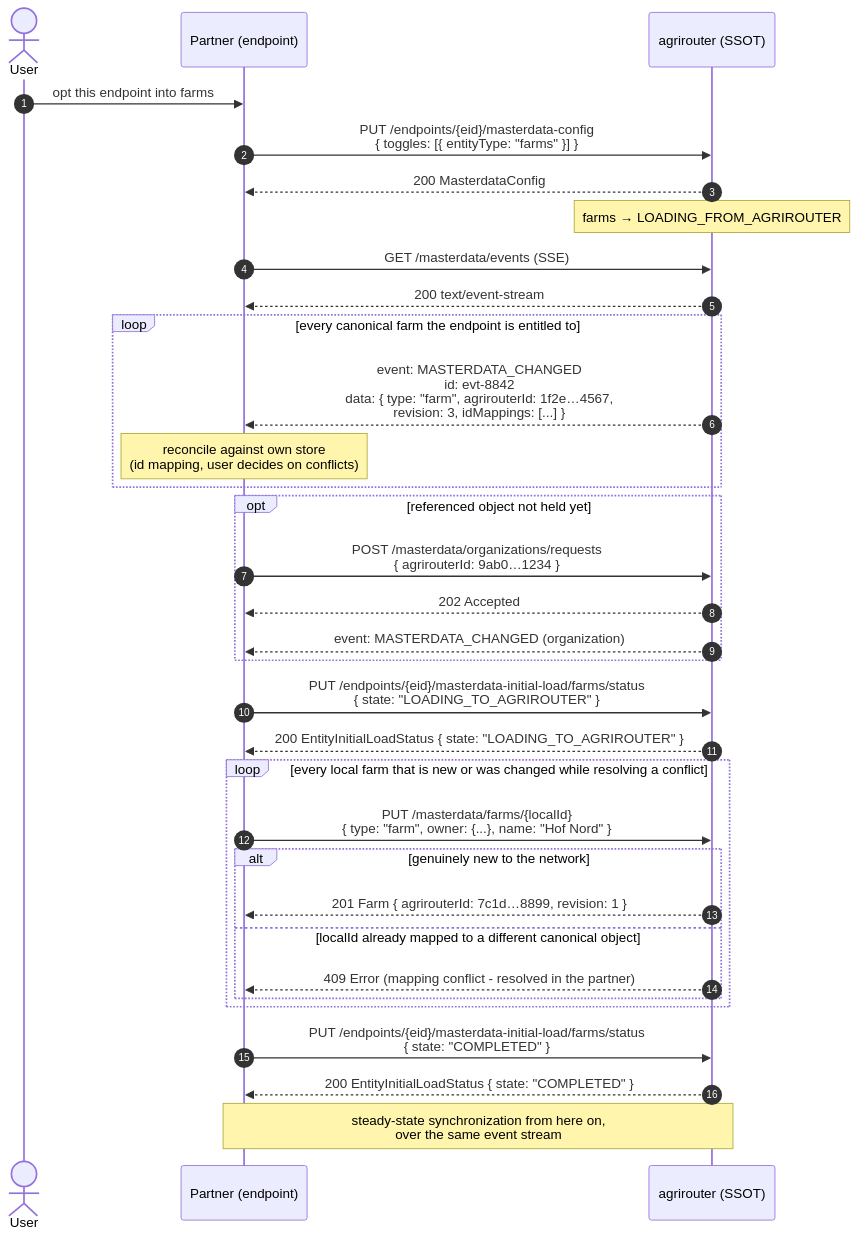
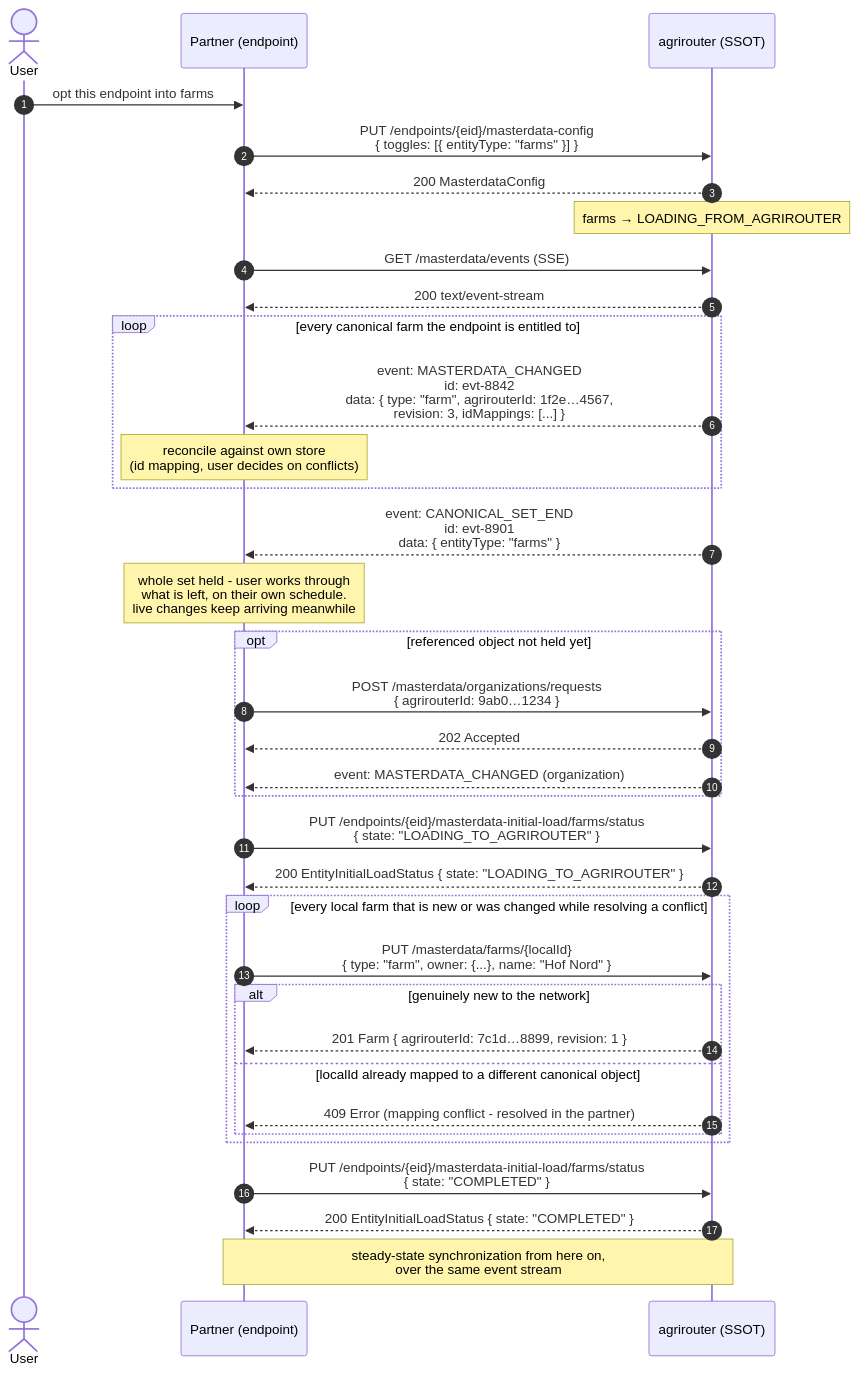
One commit to DKE-Data/masterdata-sync-working-group changed the second of 3 diagrams in architecture/06-initial-load.md. Above: the diagram before and after it, drawn with Mermaid. The commit also changed other lines of this file and 3 other files, not shown here.

Commit message:
Add canonical set end event

````diff
--- a/architecture/06-initial-load.md
+++ b/architecture/06-initial-load.md
@@ -62,40 +62,42 @@
 ```mermaid
 sequenceDiagram
     autonumber
     actor U as User
     participant P as Partner (endpoint)
     participant AR as agrirouter (SSOT)
 
     U->>P: opt this endpoint into farms
     P->>AR: PUT /endpoints/{eid}/masterdata-config<br/>{ toggles: [{ entityType: "farms" }] }
     AR-->>P: 200 MasterdataConfig
     Note over AR: farms → LOADING_FROM_AGRIROUTER
 
     P->>AR: GET /masterdata/events (SSE)
     AR-->>P: 200 text/event-stream
     loop every canonical farm the endpoint is entitled to
         AR-->>P: event: MASTERDATA_CHANGED<br/>id: evt-8842<br/>data: { type: "farm", agrirouterId: 1f2e…4567,<br/>revision: 3, idMappings: [...] }
         Note over P: reconcile against own store<br/>(id mapping, user decides on conflicts)
     end
+    AR-->>P: event: CANONICAL_SET_END<br/>id: evt-8901<br/>data: { entityType: "farms" }
+    Note over P: whole set held - user works through<br/>what is left, on their own schedule.<br/>live changes keep arriving meanwhile
     opt referenced object not held yet
         P->>AR: POST /masterdata/organizations/requests<br/>{ agrirouterId: 9ab0…1234 }
         AR-->>P: 202 Accepted
         AR-->>P: event: MASTERDATA_CHANGED (organization)
     end
 
     P->>AR: PUT /endpoints/{eid}/masterdata-initial-load/farms/status<br/>{ state: "LOADING_TO_AGRIROUTER" }
     AR-->>P: 200 EntityInitialLoadStatus { state: "LOADING_TO_AGRIROUTER" }
 
     loop every local farm that is new or was changed while resolving a conflict
         P->>AR: PUT /masterdata/farms/{localId}<br/>{ type: "farm", owner: {...}, name: "Hof Nord" }
         alt genuinely new to the network
             AR-->>P: 201 Farm { agrirouterId: 7c1d…8899, revision: 1 }
         else localId already mapped to a different canonical object
             AR-->>P: 409 Error (mapping conflict - resolved in the partner)
         end
     end
 
     P->>AR: PUT /endpoints/{eid}/masterdata-initial-load/farms/status<br/>{ state: "COMPLETED" }
     AR-->>P: 200 EntityInitialLoadStatus { state: "COMPLETED" }
     Note over P,AR: steady-state synchronization from here on,<br/>over the same event stream
 ```
````
